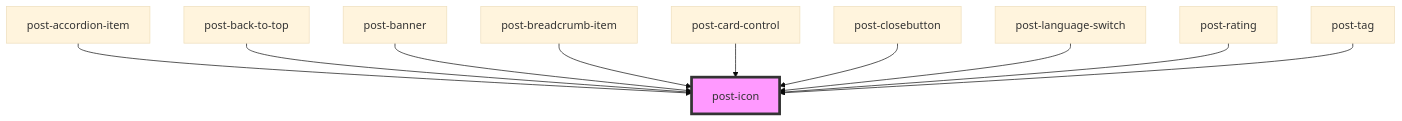
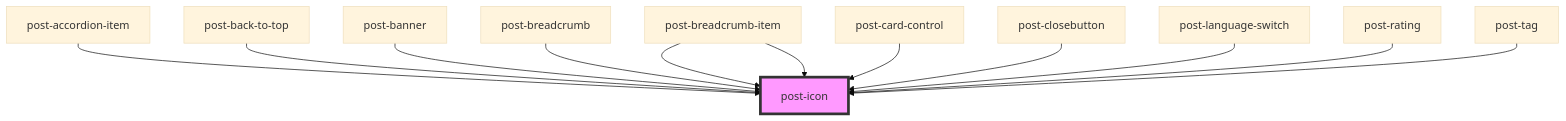
Before and after one commit to swisspost/design-system: the diagram in packages/components/src/components/post-icon/readme.md, drawn with Mermaid (base theme). The commit also changed other lines of this file and 17 other files, not shown here.

````diff
--- a/packages/components/src/components/post-icon/readme.md
+++ b/packages/components/src/components/post-icon/readme.md
@@ -36,13 +38,15 @@
 ```mermaid
 graph TD;
   post-accordion-item --> post-icon
   post-back-to-top --> post-icon
   post-banner --> post-icon
+  post-breadcrumb --> post-icon
+  post-breadcrumb-item --> post-icon
   post-breadcrumb-item --> post-icon
   post-card-control --> post-icon
   post-closebutton --> post-icon
   post-language-switch --> post-icon
   post-rating --> post-icon
   post-tag --> post-icon
   style post-icon fill:#f9f,stroke:#333,stroke-width:4px
 ```
````
